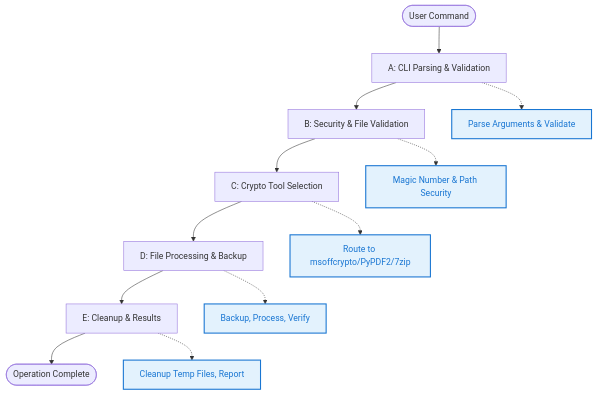
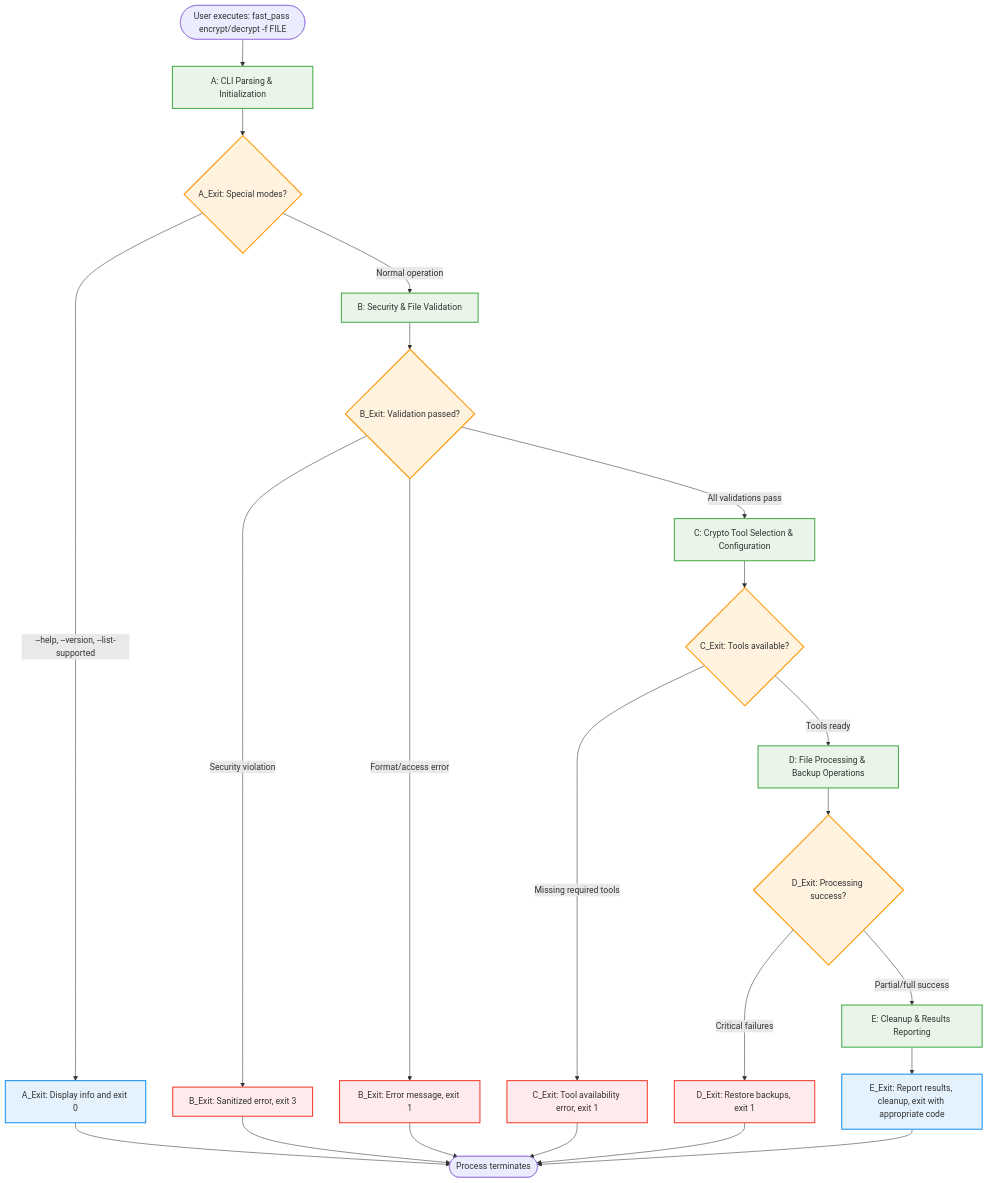
One commit to tenpainator/fast_pass changed the first of 6 diagrams in dev/fast_pass_specification.md. Above: the diagram before and after it, drawn with Mermaid. The commit also changed other lines of this file, not shown here.

First line of the commit message:
Enhanced FastPass specification with detailed mermaid diagrams

````diff
--- a/dev/fast_pass_specification.md
+++ b/dev/fast_pass_specification.md
@@ -190,18 +168,35 @@
 ```mermaid
 flowchart TD
-    Start([User Command]) --> A[A: CLI Parsing & Validation]
-    A --> B[B: Security & File Validation]
-    B --> C[C: Crypto Tool Selection]
-    C --> D[D: File Processing & Backup]
-    D --> E[E: Cleanup & Results]
-    E --> End([Operation Complete])
+    Start([User executes: fast_pass encrypt/decrypt -f FILE]) --> A[A: CLI Parsing & Initialization]
+    A --> ACheck{A_Exit: Special modes?}
+    ACheck -->|--help, --version, --list-supported| AExit[A_Exit: Display info and exit 0]
+    ACheck -->|Normal operation| B[B: Security & File Validation]
+    B --> BCheck{B_Exit: Validation passed?}
+    BCheck -->|Security violation| BExit[B_Exit: Sanitized error, exit 3]
+    BCheck -->|Format/access error| BExit2[B_Exit: Error message, exit 1]
+    BCheck -->|All validations pass| C[C: Crypto Tool Selection & Configuration]
+    C --> CCheck{C_Exit: Tools available?}
+    CCheck -->|Missing required tools| CExit[C_Exit: Tool availability error, exit 1]
+    CCheck -->|Tools ready| D[D: File Processing & Backup Operations]
+    D --> DCheck{D_Exit: Processing success?}
+    DCheck -->|Critical failures| DExit[D_Exit: Restore backups, exit 1]
+    DCheck -->|Partial/full success| E[E: Cleanup & Results Reporting]
+    E --> EExit[E_Exit: Report results, cleanup, exit with appropriate code]
     
-    A -.-> A1[Parse Arguments & Validate]
-    B -.-> B1[Magic Number & Path Security]
-    C -.-> C1[Route to msoffcrypto/PyPDF2/7zip]
-    D -.-> D1[Backup, Process, Verify]
-    E -.-> E1[Cleanup Temp Files, Report]
+    AExit --> End([Process terminates])
+    BExit --> End
+    BExit2 --> End
+    CExit --> End
+    DExit --> End
+    EExit --> End
     
-    classDef clickableBox fill:#e3f2fd,stroke:#1976d2,stroke-width:2px,color:#1976d2
-    class A1,B1,C1,D1,E1 clickableBox
+    classDef processBox fill:#e8f5e8,stroke:#4caf50,stroke-width:2px
+    classDef decisionBox fill:#fff3e0,stroke:#ff9800,stroke-width:2px
+    classDef exitBox fill:#ffebee,stroke:#f44336,stroke-width:2px
+    classDef successBox fill:#e3f2fd,stroke:#2196f3,stroke-width:2px
+    
+    class A,B,C,D,E processBox
+    class ACheck,BCheck,CCheck,DCheck decisionBox
+    class BExit,BExit2,CExit,DExit exitBox
+    class AExit,EExit successBox
 ```
````
